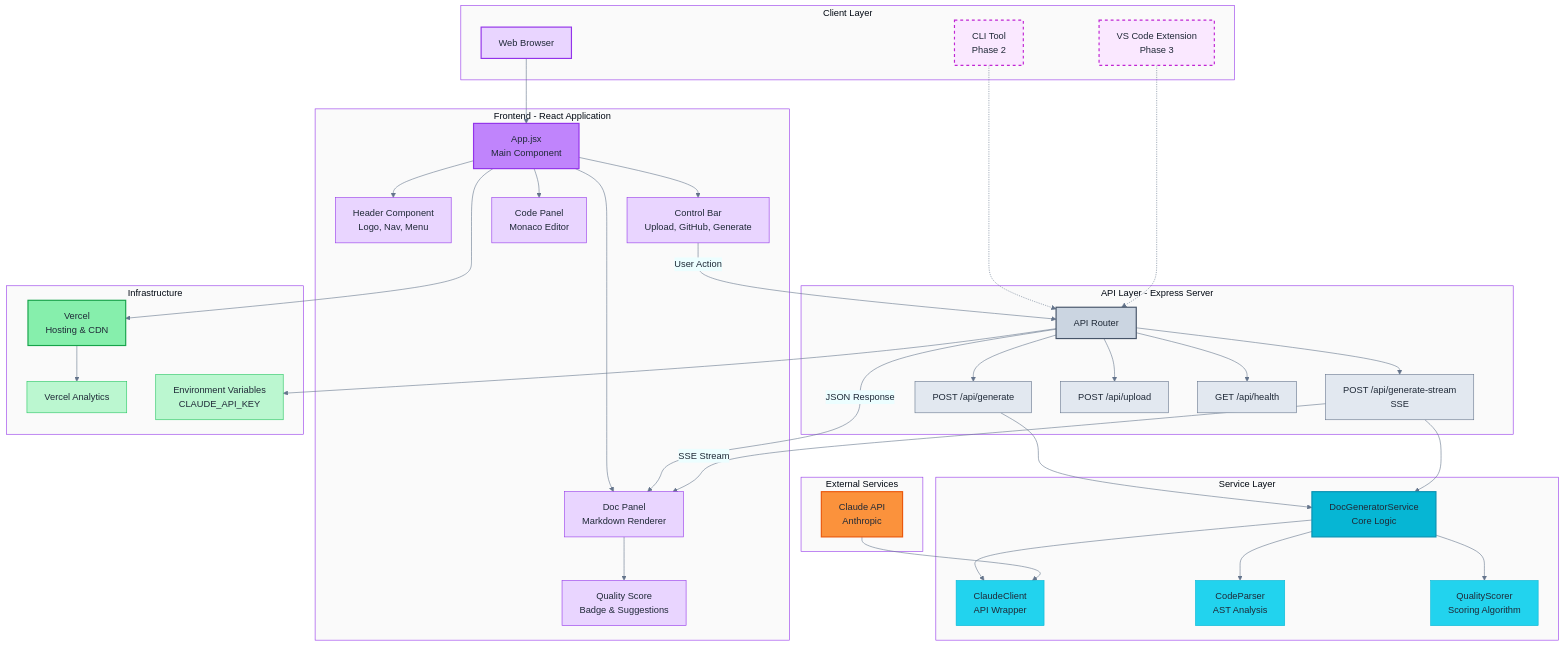
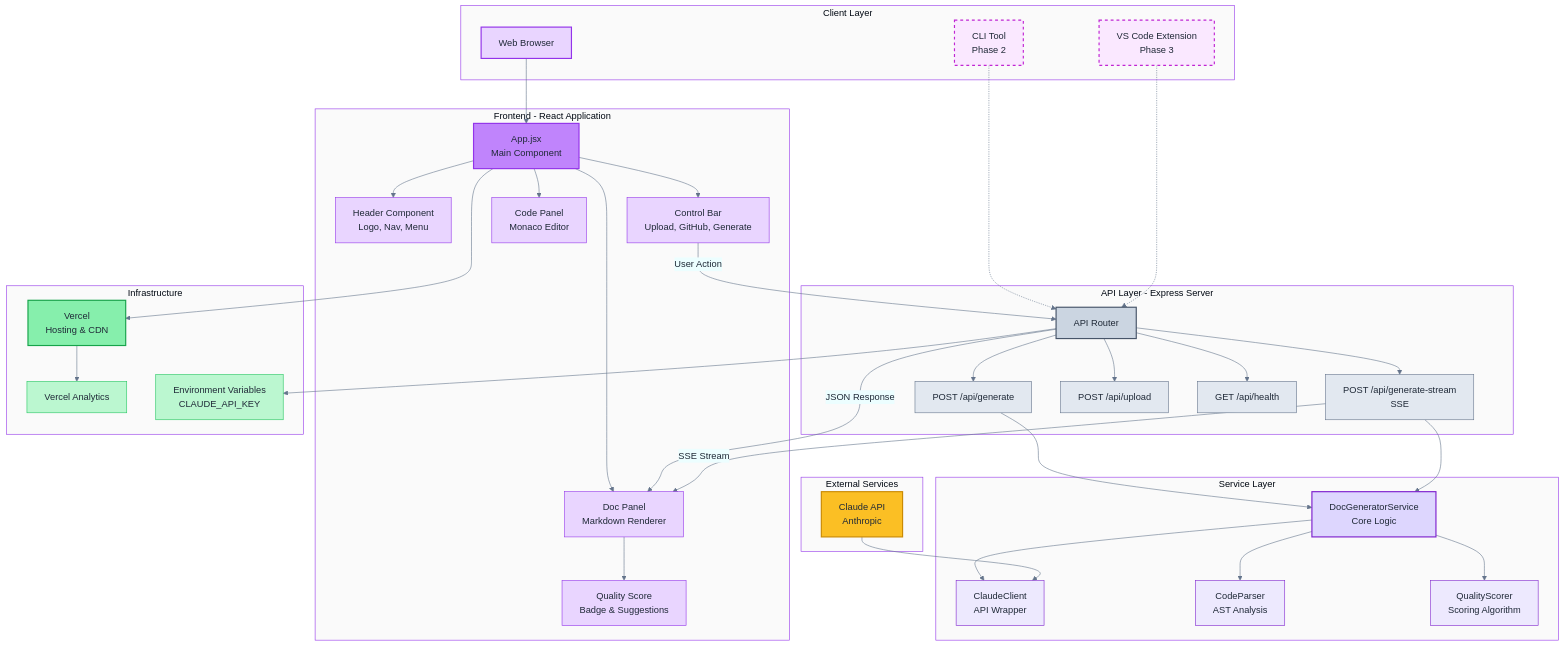
Before and after one commit to jmcoleman/codescribe-ai: the diagram in docs/architecture/04-Architecture.md, drawn with Mermaid. The commit also changed other lines of this file, not shown here.

Commit message:
updated branding colors for diagrams

```diff
--- a/docs/architecture/04-Architecture.md
+++ b/docs/architecture/04-Architecture.md
@@ -92,11 +92,11 @@
     style StreamRoute fill:#e2e8f0,stroke:#64748b
     style UploadRoute fill:#e2e8f0,stroke:#64748b
     style HealthRoute fill:#e2e8f0,stroke:#64748b
-    style DocGen fill:#06b6d4,stroke:#0891b2,stroke-width:2px
-    style ClaudeClient fill:#22d3ee,stroke:#06b6d4
-    style CodeParser fill:#22d3ee,stroke:#06b6d4
-    style QualityScorer fill:#22d3ee,stroke:#06b6d4
-    style Claude fill:#fb923c,stroke:#ea580c,stroke-width:2px
+    style DocGen fill:#ddd6fe,stroke:#7e22ce,stroke-width:2px
+    style ClaudeClient fill:#ede9fe,stroke:#7e22ce
+    style CodeParser fill:#ede9fe,stroke:#7e22ce
+    style QualityScorer fill:#ede9fe,stroke:#7e22ce
+    style Claude fill:#fbbf24,stroke:#ca8a04,stroke-width:2px
     style Vercel fill:#86efac,stroke:#16a34a,stroke-width:2px
     style Analytics fill:#bbf7d0,stroke:#22c55e
     style Env fill:#bbf7d0,stroke:#22c55e
```
